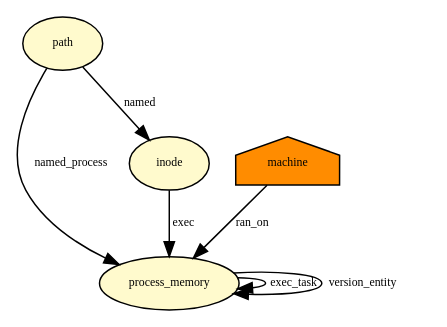
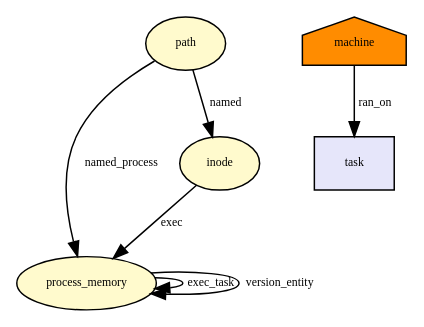
One commit to CamFlow/camflow-dev changed the diagram in docs/dot/bprm_committing_creds.dot. Above: the diagram before and after it, drawn with Graphviz. The commit also changed 419 other files, not shown here.

```diff
--- a/docs/dot/bprm_committing_creds.dot
+++ b/docs/dot/bprm_committing_creds.dot
@@ -1,21 +1,23 @@
 digraph RGL__DirectedAdjacencyGraph {path[fontsize = 8,label = path,shape = ellipse, fillcolor="#fffacd", style = filled]
 
 process_memory[fontsize = 8,label = process_memory,shape = ellipse, fillcolor="#fffacd", style = filled]
 
 path -> process_memory[fontsize = 8,label = named_process]
 
 machine[fontsize = 8,label = machine,shape = house, fillcolor="#ff8c00", style = filled]
 
-machine -> process_memory[fontsize = 8,label = ran_on]
+task[fontsize = 8,label = task,shape = rectangle, fillcolor="#e6e6fa", style = filled]
+
+machine -> task[fontsize = 8,label = ran_on]
 
 inode[fontsize = 8,label = inode,shape = ellipse, fillcolor="#fffacd", style = filled]
 
 path -> inode[fontsize = 8,label = named]
 
 process_memory -> process_memory[fontsize = 8,label = exec_task]
 
 process_memory -> process_memory[fontsize = 8,label = version_entity]
 
 inode -> process_memory[fontsize = 8,label = exec]
 
 }
```
